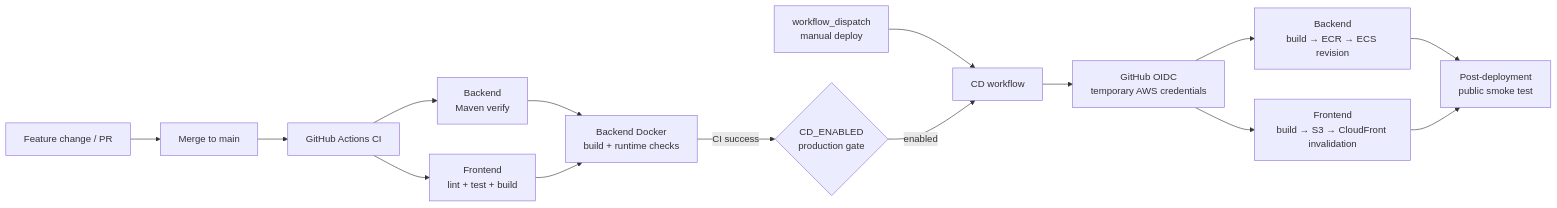
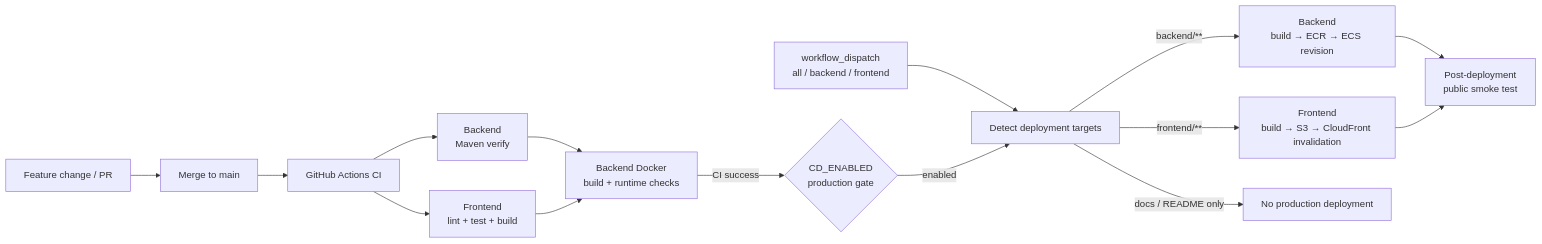
One commit to chen980729/aws-spring-personality-test changed the fourth of 4 diagrams in README.ja.md. Above: the diagram before and after it, drawn with Mermaid. The commit also changed other lines of this file and 4 other files, not shown here.

Commit message:
ci(cd): deploy only changed application areas

````diff
--- a/README.ja.md
+++ b/README.ja.md
@@ -204,20 +204,21 @@
 ```mermaid
 flowchart LR
     Dev["Feature change / PR"] --> Main["Merge to main"]
     Main --> CI["GitHub Actions CI"]
 
     CI --> BTest["Backend<br/>Maven verify"]
     CI --> FTest["Frontend<br/>lint + test + build"]
     BTest --> DockerCheck["Backend Docker<br/>build + runtime checks"]
     FTest --> DockerCheck
 
     DockerCheck -->|"CI success"| Gate{"CD_ENABLED<br/>production gate"}
-    Manual["workflow_dispatch<br/>manual deploy"] --> CD["CD workflow"]
-    Gate -->|"enabled"| CD
+    Manual["workflow_dispatch<br/>all / backend / frontend"] --> Detect["Detect deployment targets"]
+    Gate -->|"enabled"| Detect
 
-    CD --> OIDC["GitHub OIDC<br/>temporary AWS credentials"]
-    OIDC --> BackendDeploy["Backend<br/>build → ECR → ECS revision"]
-    OIDC --> FrontendDeploy["Frontend<br/>build → S3 → CloudFront invalidation"]
+    Detect -->|"backend/**"| BackendDeploy["Backend<br/>build → ECR → ECS revision"]
+    Detect -->|"frontend/**"| FrontendDeploy["Frontend<br/>build → S3 → CloudFront invalidation"]
+    Detect -->|"docs / README only"| Skip["No production deployment"]
+
     BackendDeploy --> Smoke["Post-deployment<br/>public smoke test"]
     FrontendDeploy --> Smoke
 ```
````
